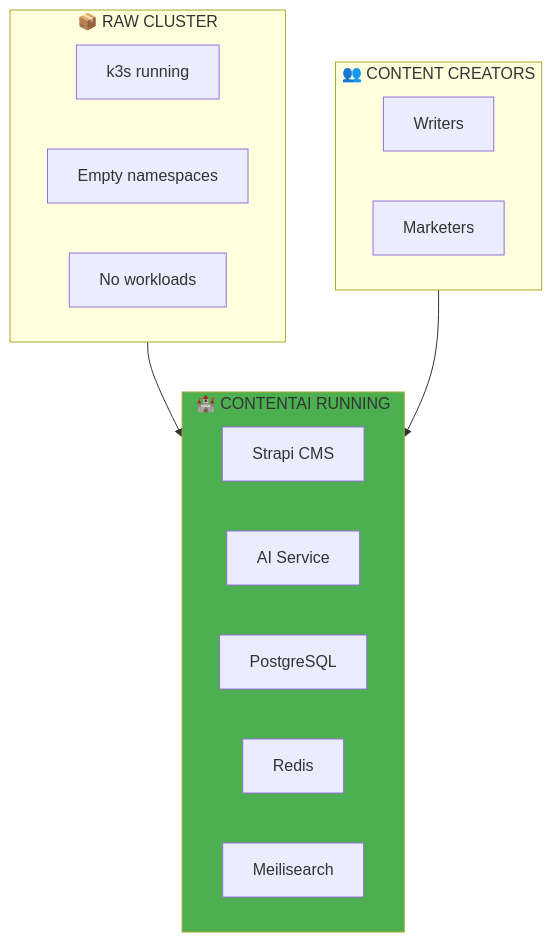
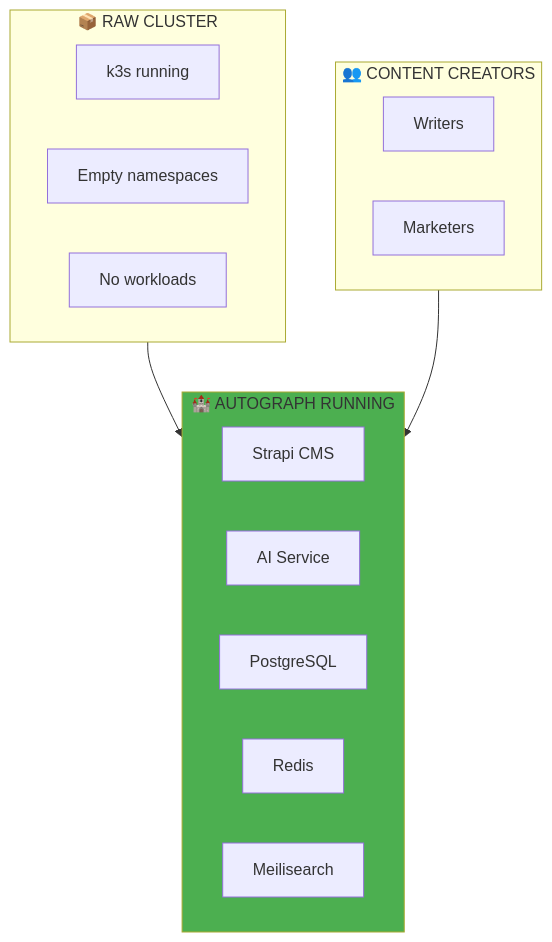
One commit to PearlThoughtsInternship/Internship-Obsidian-Vault changed the first of 11 diagrams in DevOps/02-Engineering/04-Container-Orchestration.md. Above: the diagram before and after it, drawn with Mermaid. The commit also changed other lines of this file and 7 other files, not shown here.

````diff
--- a/DevOps/02-Engineering/04-Container-Orchestration.md
+++ b/DevOps/02-Engineering/04-Container-Orchestration.md
@@ -11,26 +11,26 @@
 ```mermaid
 flowchart TB
     subgraph Before["📦 RAW CLUSTER"]
         K1["k3s running"]
         K2["Empty namespaces"]
         K3["No workloads"]
     end
 
-    subgraph After["🏰 CONTENTAI RUNNING"]
+    subgraph After["🏰 AUTOGRAPH RUNNING"]
         S["Strapi CMS"]
         AI["AI Service"]
         PG["PostgreSQL"]
         R["Redis"]
         M["Meilisearch"]
     end
 
     subgraph Users["👥 CONTENT CREATORS"]
         U1["Writers"]
         U2["Marketers"]
     end
 
     Before --> After
     Users --> After
 
     style After fill:#4CAF50
 ```
````
